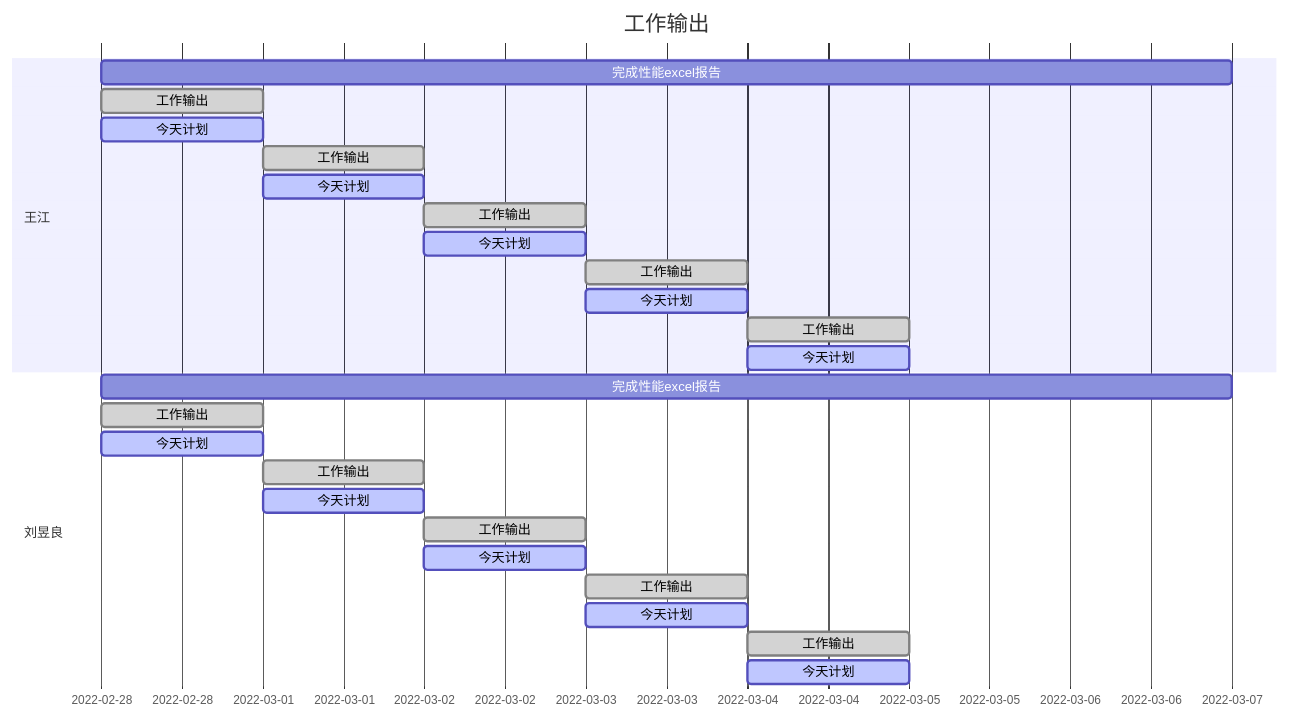
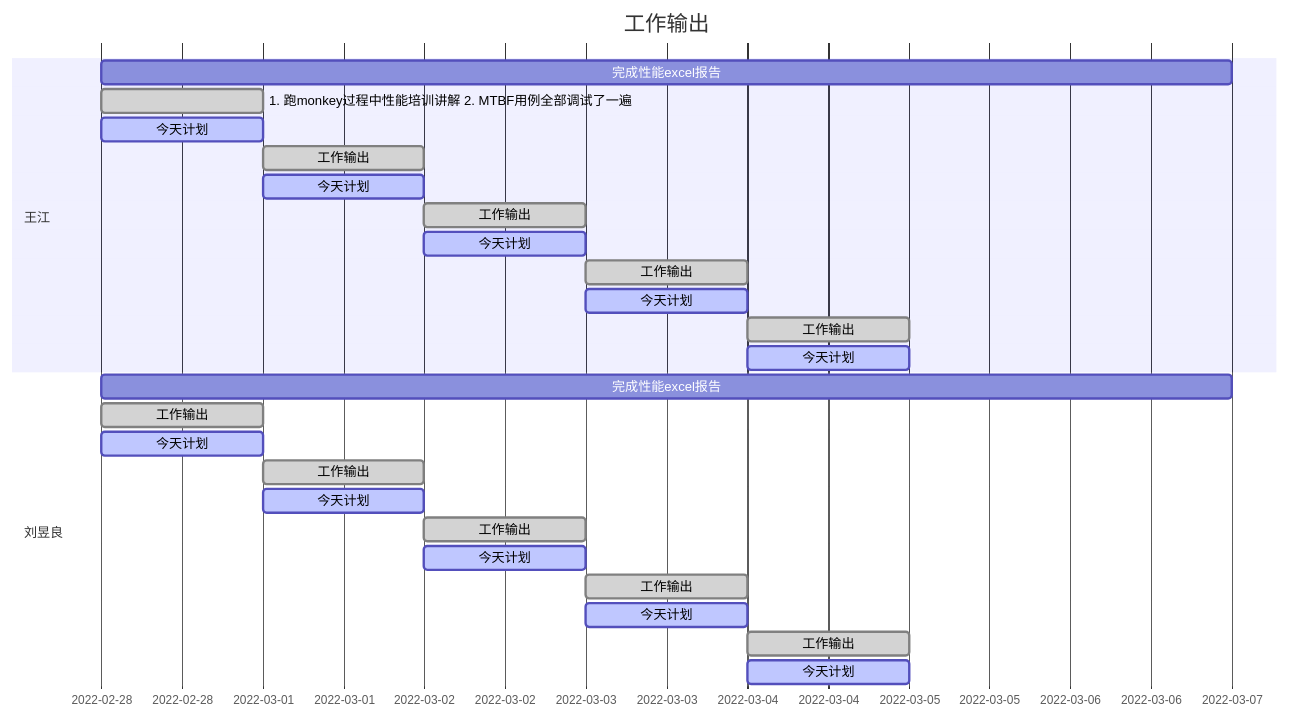
Before and after one commit to DC-Melo/README: the diagram in README.md, drawn with Mermaid. The commit also changed other lines of this file, not shown here.

````diff
--- a/README.md
+++ b/README.md
@@ -73,31 +92,31 @@
 ```mermaid
 gantt
     dateFormat  YYYY-MM-DD
     title 工作输出
 
     section 王江
     完成性能excel报告  : weekplan  , 2022-02-28 , 1w
-    工作输出       : done,   monf  , 2022-02-28 , 1d
+    1. 跑monkey过程中性能培训讲解 2. MTBF用例全部调试了一遍       : done,   monf  , 2022-02-28 , 1d
     今天计划       : active, monp  , 2022-02-28 , 1d
     工作输出       : done,   Tuef  , 2022-03-01 , 1d
     今天计划       : active, Tuep  , 2022-03-01 , 1d
     工作输出       : done,   Wedf  , 2022-03-02 , 1d
     今天计划       : active, Wedp  , 2022-03-02 , 1d
     工作输出       : done,   Thuf  , 2022-03-03 , 1d
     今天计划       : active, Thup  , 2022-03-03 , 1d
     工作输出       : done,   Frif  , 2022-03-04 , 1d
     今天计划       : active, Frip  , 2022-03-04 , 1d
     section 刘昱良
     完成性能excel报告  : weekplan  , 2022-02-28 , 1w
     工作输出       : done,   monf  , 2022-02-28 , 1d
     今天计划       : active, monp  , 2022-02-28 , 1d
     工作输出       : done,   Tuef  , 2022-03-01 , 1d
     今天计划       : active, Tuep  , 2022-03-01 , 1d
     工作输出       : done,   Wedf  , 2022-03-02 , 1d
     今天计划       : active, Wedp  , 2022-03-02 , 1d
     工作输出       : done,   Thuf  , 2022-03-03 , 1d
     今天计划       : active, Thup  , 2022-03-03 , 1d
     工作输出       : done,   Frif  , 2022-03-04 , 1d
     今天计划       : active, Frip  , 2022-03-04 , 1d
 
 ```
````
